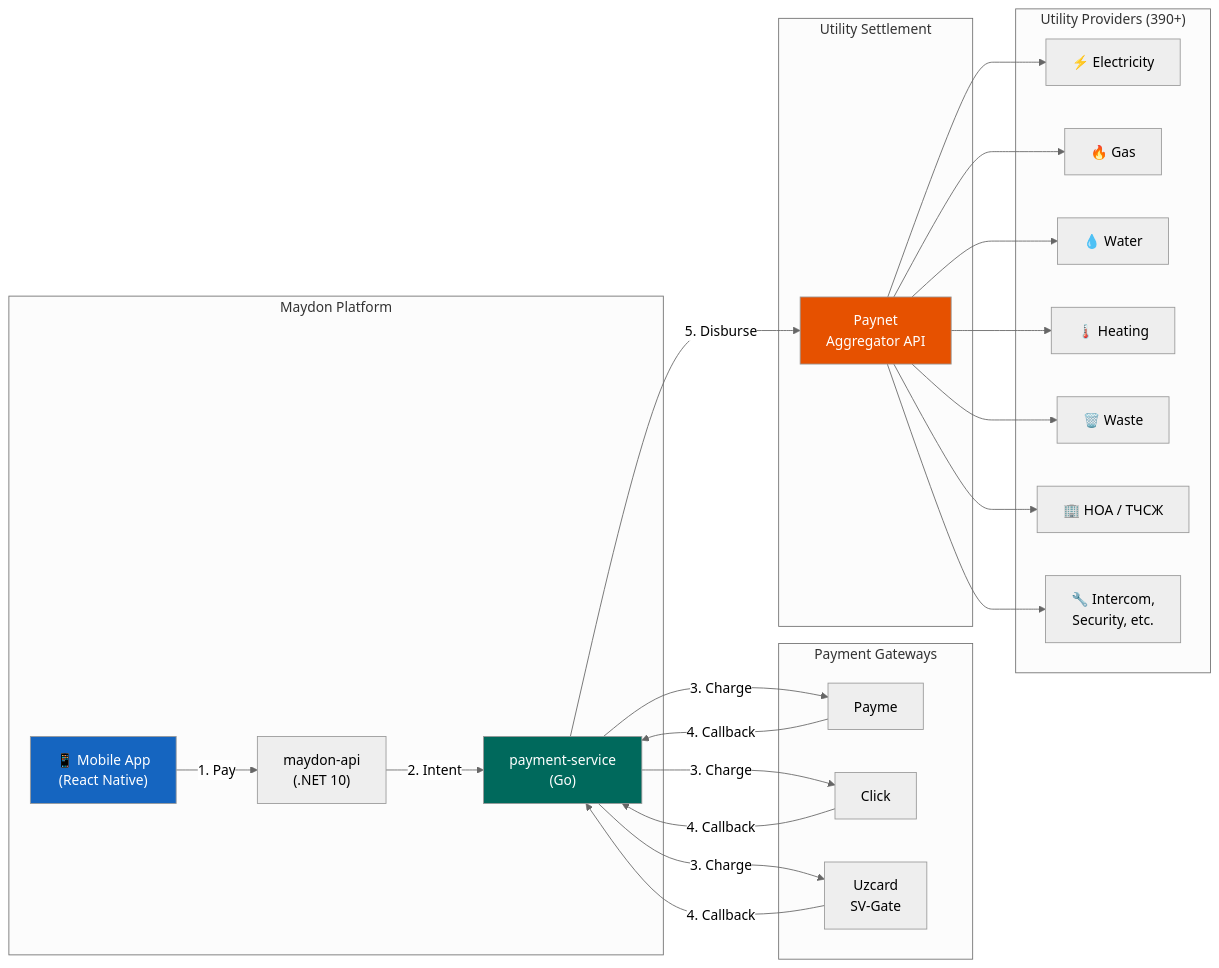
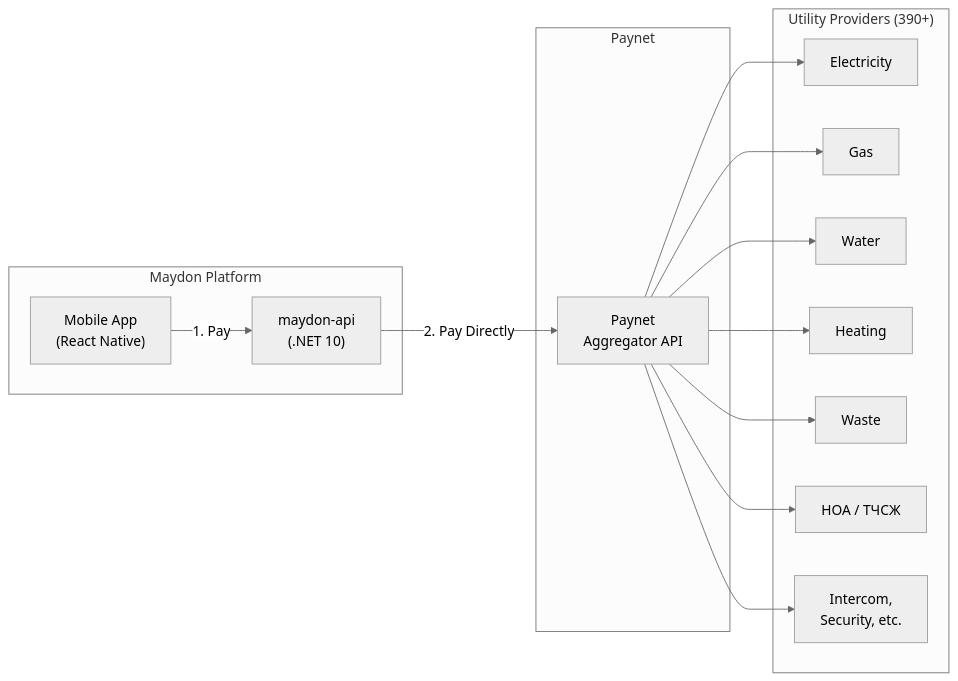
One commit to saodatm-dev/Utilities---Informational-Architecture changed diagram 14 of 14 in utilities-payment-userflow.md. Above: the diagram before and after it, drawn with Mermaid (neutral theme). The commit also changed other lines of this file and 12 other files, not shown here.

Commit message:
docs: Remove outdated informational architecture documents, update payment userflow, and add new images.

````diff
--- a/utilities-payment-userflow.md
+++ b/utilities-payment-userflow.md
@@ -1361,52 +1403,33 @@
 ```mermaid
 flowchart LR
     subgraph "Maydon Platform"
-        MOBILE["📱 Mobile App<br/>(React Native)"]
+        MOBILE["Mobile App<br/>(React Native)"]
         API["maydon-api<br/>(.NET 10)"]
-        PAY_SVC["payment-service<br/>(Go)"]
     end
 
-    subgraph "Payment Gateways"
-        PAYME["Payme"]
-        CLICK_GW["Click"]
-        UZCARD["Uzcard<br/>SV-Gate"]
-    end
-
-    subgraph "Utility Settlement"
+    subgraph "Paynet"
         PAYNET["Paynet<br/>Aggregator API"]
     end
 
     subgraph "Utility Providers (390+)"
-        ELEC["⚡ Electricity"]
-        GAS["🔥 Gas"]
-        WATER["💧 Water"]
-        HEAT["🌡️ Heating"]
-        WASTE["🗑️ Waste"]
-        HOA["🏢 HOA / ТЧСЖ"]
-        ANCIL["🔧 Intercom,<br/>Security, etc."]
+        ELEC["Electricity"]
+        GAS["Gas"]
+        WATER["Water"]
+        HEAT["Heating"]
+        WASTE["Waste"]
+        HOA["HOA / ТЧСЖ"]
+        ANCIL["Intercom,<br/>Security, etc."]
     end
 
     MOBILE -->|"1. Pay"| API
-    API -->|"2. Intent"| PAY_SVC
-    PAY_SVC -->|"3. Charge"| PAYME
-    PAY_SVC -->|"3. Charge"| CLICK_GW
-    PAY_SVC -->|"3. Charge"| UZCARD
-
-    PAYME -->|"4. Callback"| PAY_SVC
-    CLICK_GW -->|"4. Callback"| PAY_SVC
-    UZCARD -->|"4. Callback"| PAY_SVC
-
-    PAY_SVC -->|"5. Disburse"| PAYNET
+    API -->|"2. Pay Directly"| PAYNET
 
     PAYNET --> ELEC
     PAYNET --> GAS
     PAYNET --> WATER
     PAYNET --> HEAT
     PAYNET --> WASTE
     PAYNET --> HOA
     PAYNET --> ANCIL
 
-    style MOBILE fill:#1565C0,color:#fff
-    style PAY_SVC fill:#00695C,color:#fff
-    style PAYNET fill:#E65100,color:#fff
 ```
````
